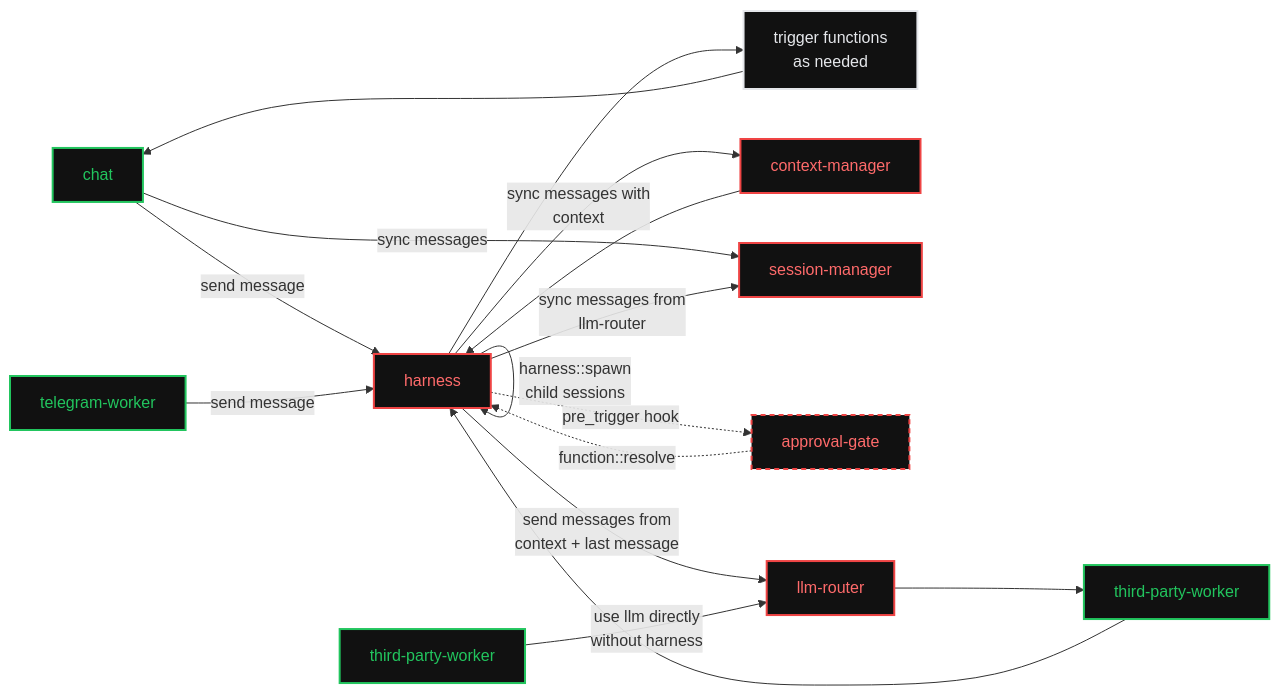
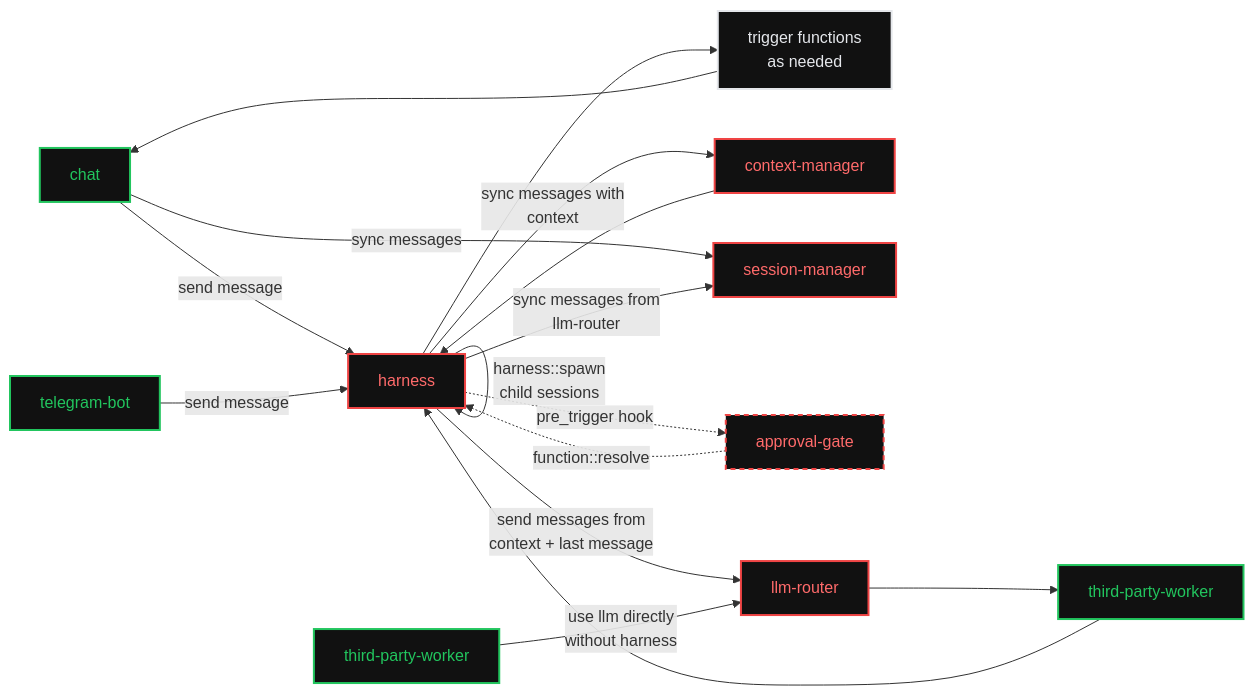
Before and after one commit to iii-hq/workers: the diagram in tech-specs/2026-06-agentic/README.md, drawn with Mermaid. The commit also changed other lines of this file and 66 other files, not shown here.

Commit message:
feat(telegram-bot): introducing telegram bot

````diff
--- a/tech-specs/2026-06-agentic/README.md
+++ b/tech-specs/2026-06-agentic/README.md
@@ -14,57 +14,57 @@
 ```mermaid
 flowchart LR
   %% Nodes
   chat["chat"]
-  tg["telegram-worker"]
+  tg["telegram-bot"]
   funcs["trigger functions<br/>as needed"]
   ctx["context-manager"]
   harness["harness"]
   session["session-manager"]
   tpTop["third-party-worker"]
   router["llm-router"]
   tpBottom["third-party-worker"]
   gate["approval-gate"]
 
   %% Chat flow
   chat -->|"send message"| harness
   chat -->|"sync messages"| session
 
   %% Telegram flow
   tg -->|"send message"| harness
 
   %% Harness orchestration
   harness -->|"sync messages with<br/>context"| ctx
   ctx --> harness
 
   harness -->|"sync messages from<br/>llm-router"| session
 
   %% Function trigger
   harness --> funcs
   funcs --> chat
 
   %% Sub-agents (spawn/join)
   harness -->|"harness::spawn<br/>child sessions"| harness
 
   %% Optional approval sibling (pre_trigger hook + resolve)
   harness -.->|"pre_trigger hook"| gate
   gate -.->|"function::resolve"| harness
 
   %% LLM routing
   harness -->|"send messages from<br/>context + last message"| router
 
   %% Workers
   tpTop --> harness
   tpBottom -->|"use llm directly<br/>without harness"| router
   router --> tpTop
 
   %% Styling
   classDef green fill:#111,stroke:#22c55e,color:#22c55e,stroke-width:2px;
   classDef red fill:#111,stroke:#ef4444,color:#ff6b6b,stroke-width:2px;
   classDef white fill:#111,stroke:#e5e7eb,color:#e5e7eb,stroke-width:2px;
   classDef sibling fill:#111,stroke:#ef4444,color:#ff6b6b,stroke-width:2px,stroke-dasharray:5 4;
 
   class chat,tg,tpTop,tpBottom green;
   class ctx,harness,session,router red;
   class funcs white;
   class gate sibling;
 ```
````
